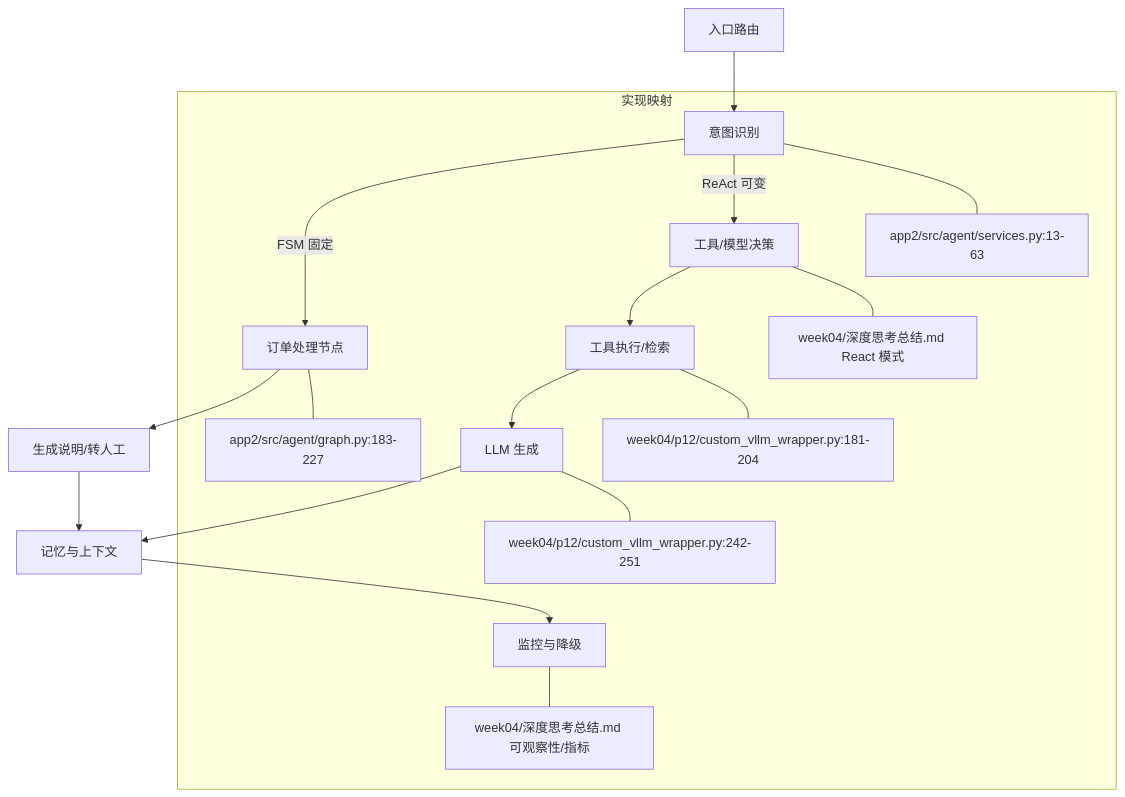
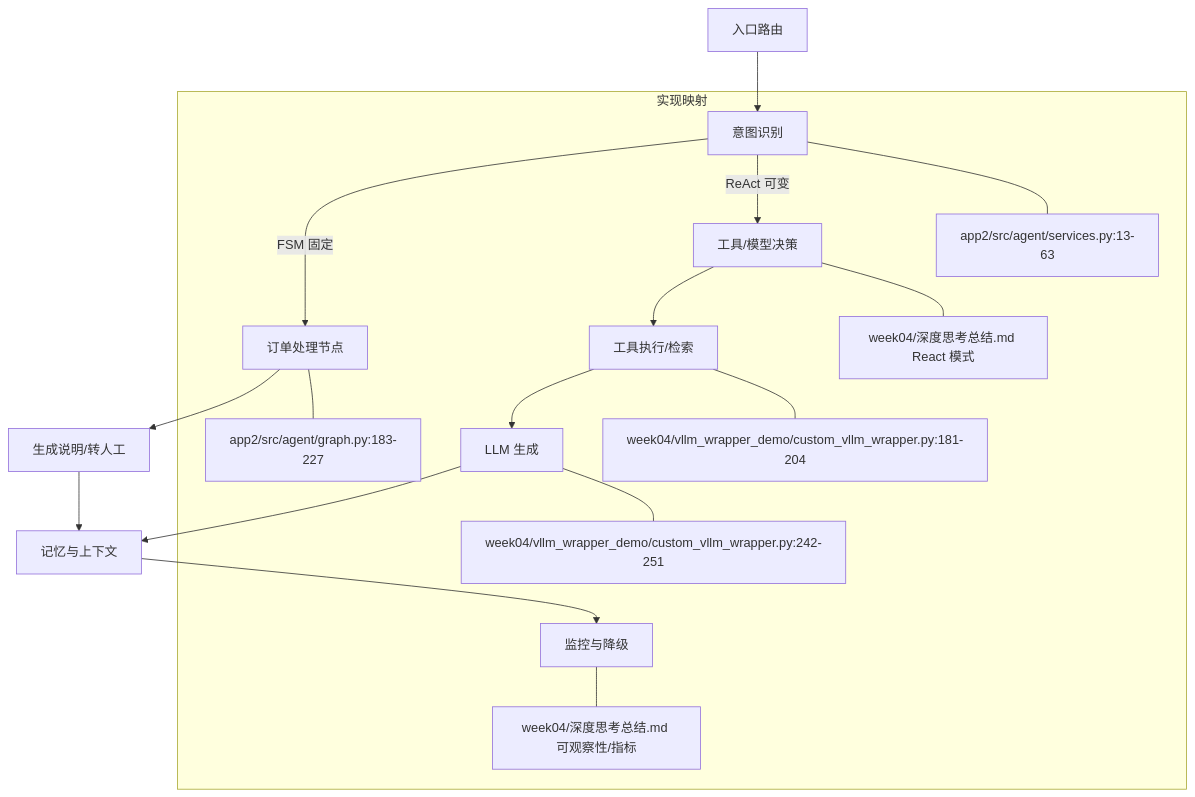
Before and after one commit to stormJun/ai-training: the first of 3 diagrams in week04/深度思考总结.md, drawn with Mermaid. The commit also changed other lines of this file and 333 other files, not shown here.

````diff
--- a/week04/深度思考总结.md
+++ b/week04/深度思考总结.md
@@ -207,27 +207,27 @@
 ```mermaid
 graph TD
   A[入口路由] --> B[意图识别]
   B -->|FSM 固定| C[订单处理节点]
   B -->|ReAct 可变| D[工具/模型决策]
   C --> E[生成说明/转人工]
   D --> F[工具执行/检索]
   F --> G[LLM 生成]
   E --> H[记忆与上下文]
   G --> H
   H --> I[监控与降级]
 
   subgraph 实现映射
     B1["app2/src/agent/services.py:13-63"]
     C1["app2/src/agent/graph.py:183-227"]
     D1["week04/深度思考总结.md React 模式"]
-    F1["week04/p12/custom_vllm_wrapper.py:181-204"]
-    G1["week04/p12/custom_vllm_wrapper.py:242-251"]
+    F1["week04/vllm_wrapper_demo/custom_vllm_wrapper.py:181-204"]
+    G1["week04/vllm_wrapper_demo/custom_vllm_wrapper.py:242-251"]
     I1["week04/深度思考总结.md 可观察性/指标"]
     B --- B1
     C --- C1
     D --- D1
     F --- F1
     G --- G1
     I --- I1
   end
 ```
````
